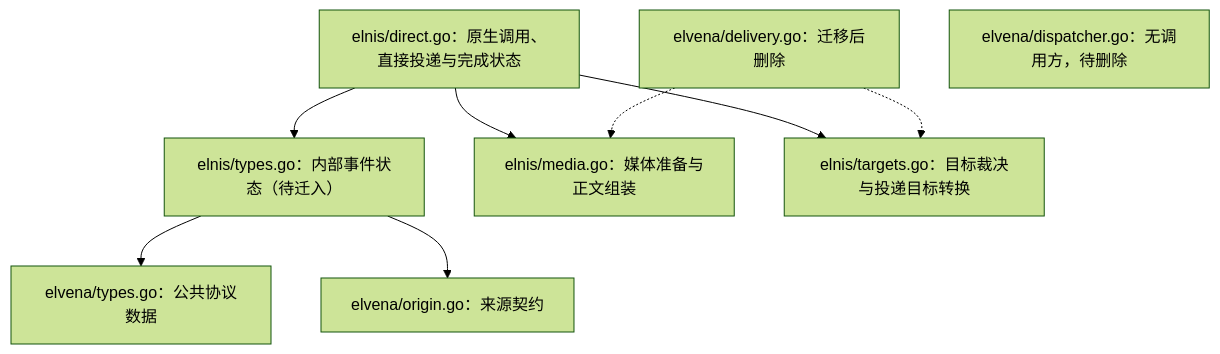
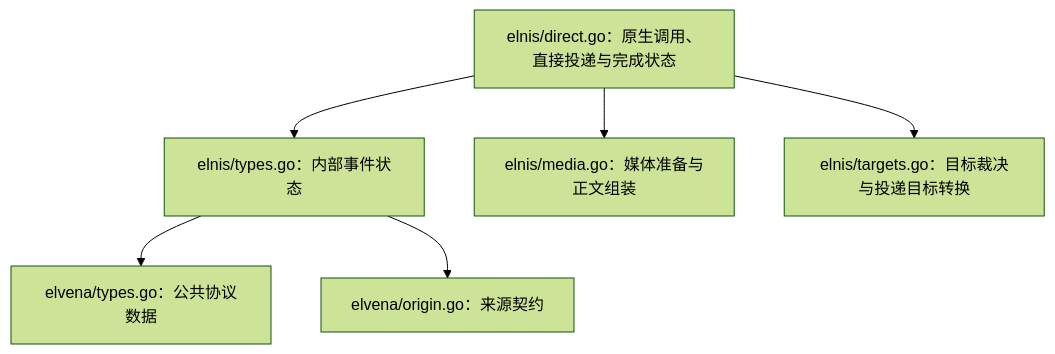
The diagram in devdocs/elnis-elwisp.md (Elflare/elbot), drawn with Mermaid (forest theme) before and after one commit. The commit also changed other lines of this file and 16 other files, not shown here.

````diff
--- a/devdocs/elnis-elwisp.md
+++ b/devdocs/elnis-elwisp.md
@@ -42,17 +42,14 @@
 ```mermaid
 flowchart TD
     T["elvena/types.go：公共协议数据"]
     O["elvena/origin.go：来源契约"]
-    E["elnis/types.go：内部事件状态（待迁入）"]
+    E["elnis/types.go：内部事件状态"]
     D["elnis/direct.go：原生调用、直接投递与完成状态"]
     M["elnis/media.go：媒体准备与正文组装"]
     G["elnis/targets.go：目标裁决与投递目标转换"]
     E --> T
     E --> O
     D --> E
     D --> M
     D --> G
-    X["elvena/delivery.go：迁移后删除"] -.-> M
-    X -.-> G
-    B["elvena/dispatcher.go：无调用方，待删除"]
 ```
````
